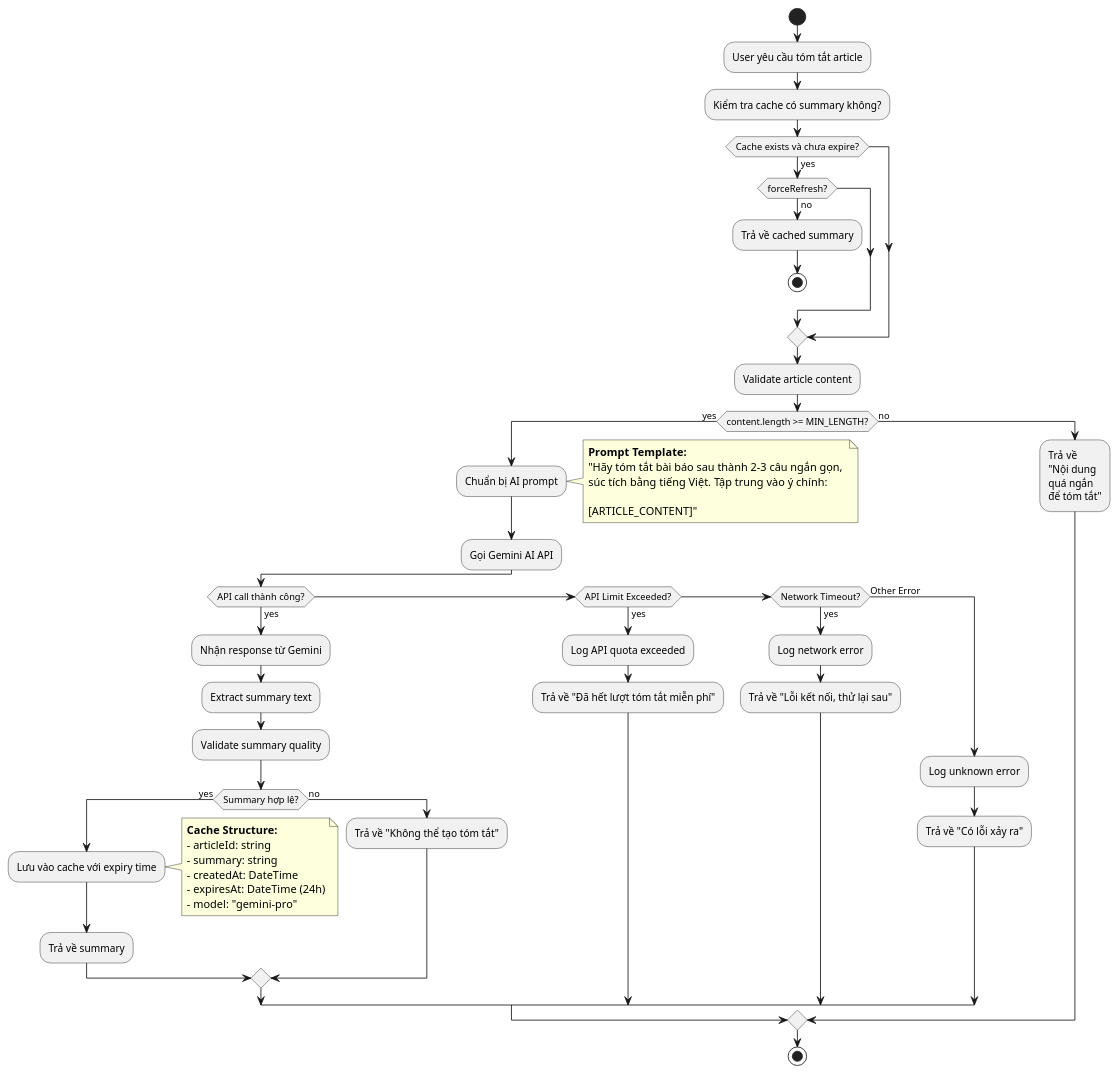
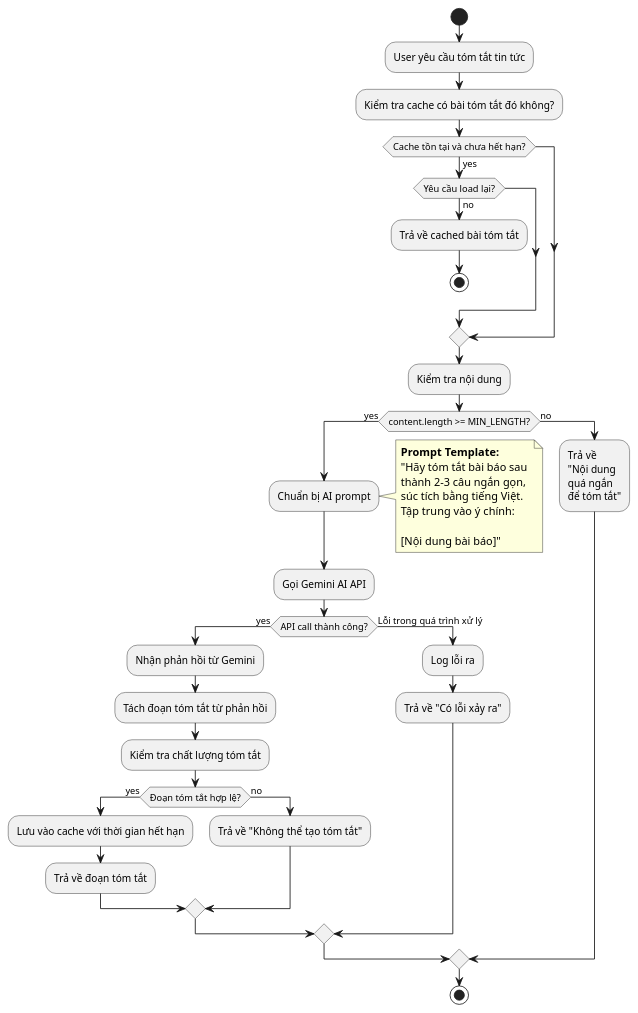
The diagram in Algorithm_diagrams/AISummaryGenerationAlgorithm.puml (KhoaSinno/assignment_3_safe_news), drawn with PlantUML before and after one commit. The commit also changed 4 other files, not shown here.

````diff
--- a/Algorithm_diagrams/AISummaryGenerationAlgorithm.puml
+++ b/Algorithm_diagrams/AISummaryGenerationAlgorithm.puml
@@ -1,123 +1,117 @@
 @startuml AISummaryGenerationAlgorithm
 
 start
 
-:User yêu cầu tóm tắt article;
+:User yêu cầu tóm tắt tin tức;
 ' note right
 ' **INPUT:**
 ' - articleId: string
 ' - articleContent: string
 ' - forceRefresh: bool (default: false)
 
 ' **PSEUDOCODE:**
 ' ```
 ' FUNCTION generateAISummary(articleId, content, forceRefresh):
 '     // Kiểm tra cache trước
 '     IF NOT forceRefresh THEN
 '         cachedSummary = getCachedSummary(articleId)
 '         IF cachedSummary != null AND isNotExpired(cachedSummary) THEN
 '             RETURN cachedSummary
 '         END IF
 '     END IF
     
 '     // Validate content
 '     IF content.length < MIN_CONTENT_LENGTH THEN
 '         RETURN "Nội dung quá ngắn để tóm tắt"
 '     END IF
     
 '     // Prepare AI prompt
 '     prompt = buildPrompt(content)
     
 '     TRY:
 '         response = callGeminiAPI(prompt)
 '         summary = extractSummaryFromResponse(response)
         
 '         // Cache the result
 '         cacheResult = {
 '             articleId: articleId,
 '             summary: summary,
 '             createdAt: now(),
 '             expiresAt: now() + CACHE_DURATION,
 '             model: "gemini-pro"
 '         }
 '         saveSummaryCache(cacheResult)
         
 '         RETURN summary
         
 '     CATCH APILimitExceedException:
 '         RETURN "Đã hết lượt tóm tắt miễn phí hôm nay"
         
 '     CATCH NetworkTimeoutException:
 '         RETURN "Không thể kết nối AI, vui lòng thử lại"
         
 '     CATCH Exception e:
 '         logError(e)
 '         RETURN "Có lỗi xảy ra khi tóm tắt"
 ' END FUNCTION
 ' ```
 ' end note
 
-:Kiểm tra cache có summary không?;
+:Kiểm tra cache có bài tóm tắt đó không?;
 
-if (Cache exists và chưa expire?) then (yes)
-    if (forceRefresh?) then (no)
-        :Trả về cached summary;
+if (Cache tồn tại và chưa hết hạn?) then (yes)
+    if (Yêu cầu load lại?) then (no)
+        :Trả về cached bài tóm tắt;
         stop
     endif
 endif
 
-:Validate article content;
+:Kiểm tra nội dung;
 
 if (content.length >= MIN_LENGTH?) then (yes)
     :Chuẩn bị AI prompt;
     note right
     **Prompt Template:**
-    "Hãy tóm tắt bài báo sau thành 2-3 câu ngắn gọn, 
-    súc tích bằng tiếng Việt. Tập trung vào ý chính:
+    "Hãy tóm tắt bài báo sau 
+    thành 2-3 câu ngắn gọn, 
+    súc tích bằng tiếng Việt. 
+    Tập trung vào ý chính:
     
-    [ARTICLE_CONTENT]"
+    [Nội dung bài báo]"
     end note
     
     :Gọi Gemini AI API;
     
     if (API call thành công?) then (yes)
-        :Nhận response từ Gemini;
-        :Extract summary text;
-        :Validate summary quality;
+        :Nhận phản hồi từ Gemini;
+        :Tách đoạn tóm tắt từ phản hồi;
+        :Kiểm tra chất lượng tóm tắt;
         
-        if (Summary hợp lệ?) then (yes)
-            :Lưu vào cache với expiry time;
-            note right
-            **Cache Structure:**
-            - articleId: string
-            - summary: string  
-            - createdAt: DateTime
-            - expiresAt: DateTime (24h)
-            - model: "gemini-pro"
-            end note
+        if (Đoạn tóm tắt hợp lệ?) then (yes)
+            :Lưu vào cache với thời gian hết hạn;
+            ' note right
+            ' **Cấu trúc Cache:**
+            ' - articleId: string
+            ' - summary: string  
+            ' - createdAt: DateTime
+            ' - expiresAt: DateTime (24h)
+            ' - model: "gemini-pro"
+            ' end note
             
-            :Trả về summary;
+            :Trả về đoạn tóm tắt;
         else (no)
             :Trả về "Không thể tạo tóm tắt";
         endif
         
-    elseif (API Limit Exceeded?) then (yes)
-        :Log API quota exceeded;
-        :Trả về "Đã hết lượt tóm tắt miễn phí";
-        
-    elseif (Network Timeout?) then (yes)
-        :Log network error;
-        :Trả về "Lỗi kết nối, thử lại sau";
-        
-    else (Other Error)
-        :Log unknown error;
+    else (Lỗi trong quá trình xử lý)
+        :Log lỗi ra;
         :Trả về "Có lỗi xảy ra";
     endif
     
 else (no)
     :Trả về\n"Nội dung\nquá ngắn\nđể tóm tắt";
 endif
 
 stop
 
 @enduml
````
